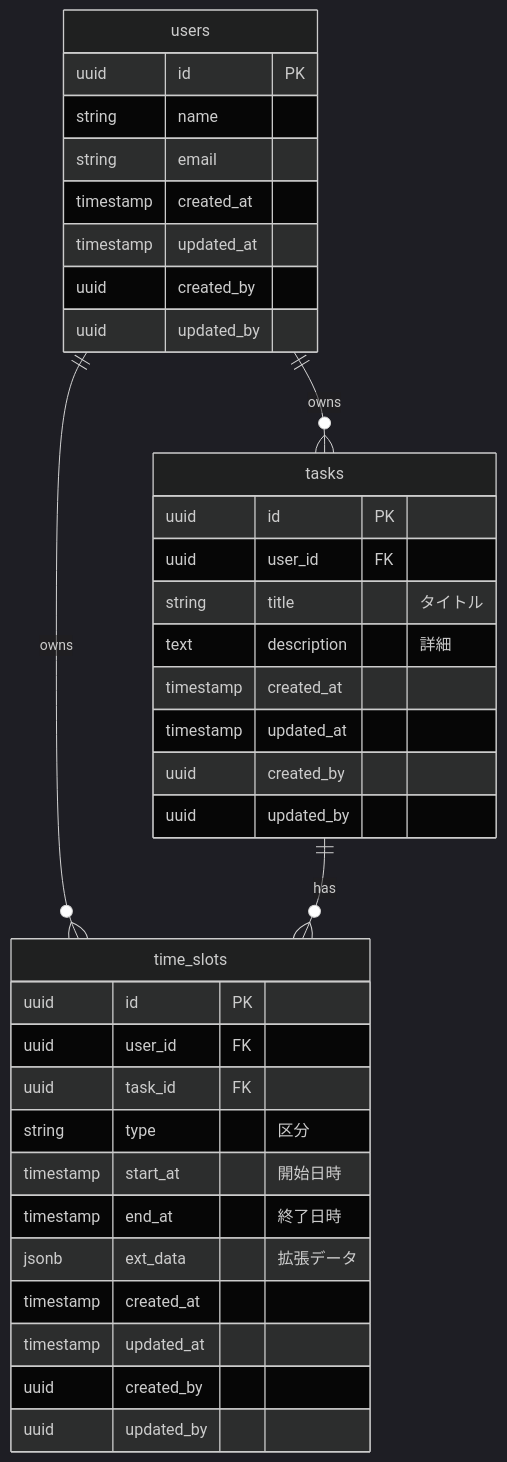
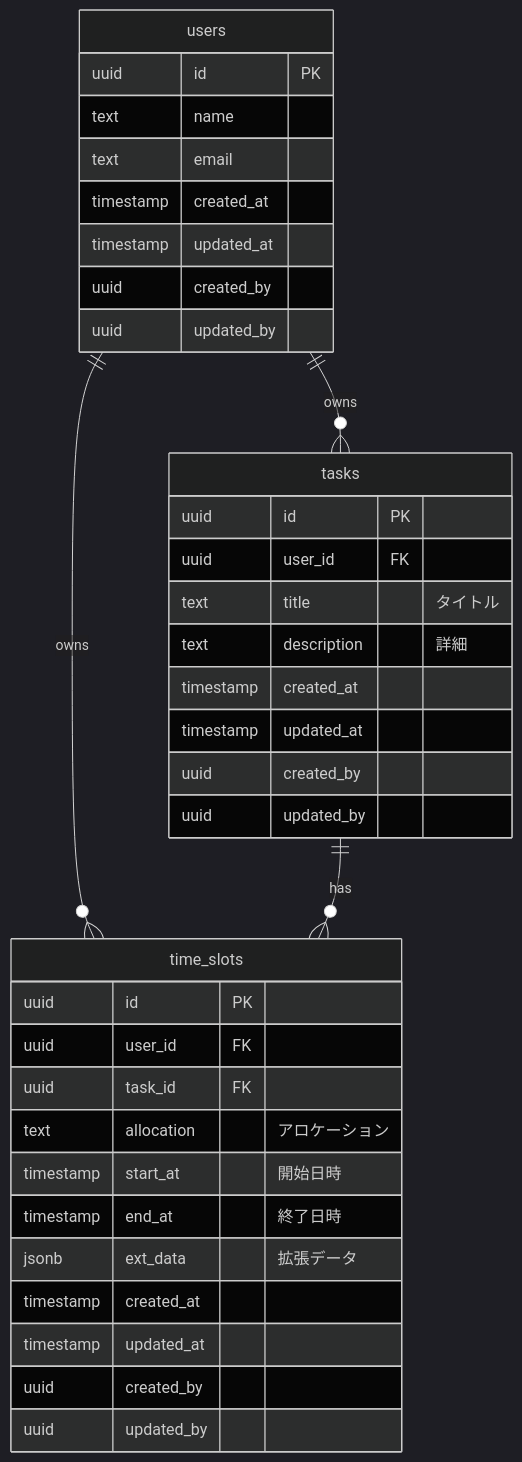
The diagram in ParallelCalendar/docs/database/テーブル定義書.md (yossyi0323/App), drawn with Mermaid (dark theme) before and after one commit. The commit also changed other lines of this file and 13 other files, not shown here.

````diff
--- a/ParallelCalendar/docs/database/テーブル定義書.md
+++ b/ParallelCalendar/docs/database/テーブル定義書.md
@@ -10,42 +10,42 @@
 ```mermaid
 erDiagram
     users ||--o{ tasks : "owns"
     users ||--o{ time_slots : "owns"
 
     tasks ||--o{ time_slots : "has"
 
     users {
         uuid id PK
-        string name
-        string email
+        text name
+        text email
         timestamp created_at
         timestamp updated_at
         uuid created_by
         uuid updated_by
     }
 
     tasks {
         uuid id PK
         uuid user_id FK
-        string title "タイトル"
+        text title "タイトル"
         text description "詳細"
         timestamp created_at
         timestamp updated_at
         uuid created_by
         uuid updated_by
     }
 
     time_slots {
         uuid id PK
         uuid user_id FK
         uuid task_id FK
-        string type "区分"
+        text allocation "アロケーション"
         timestamp start_at "開始日時"
         timestamp end_at "終了日時"
         jsonb ext_data "拡張データ"
         timestamp created_at
         timestamp updated_at
         uuid created_by
         uuid updated_by
     }
 ```
````
